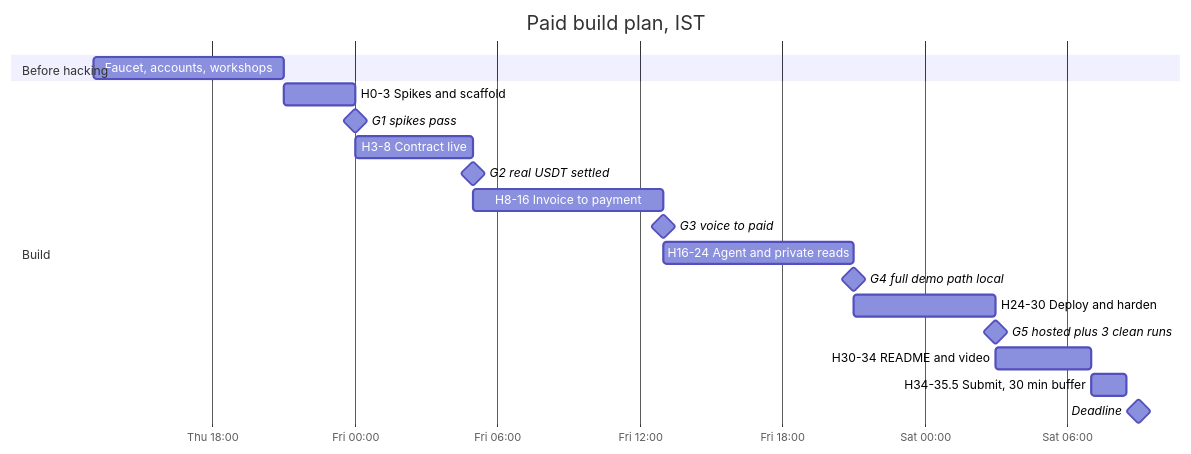
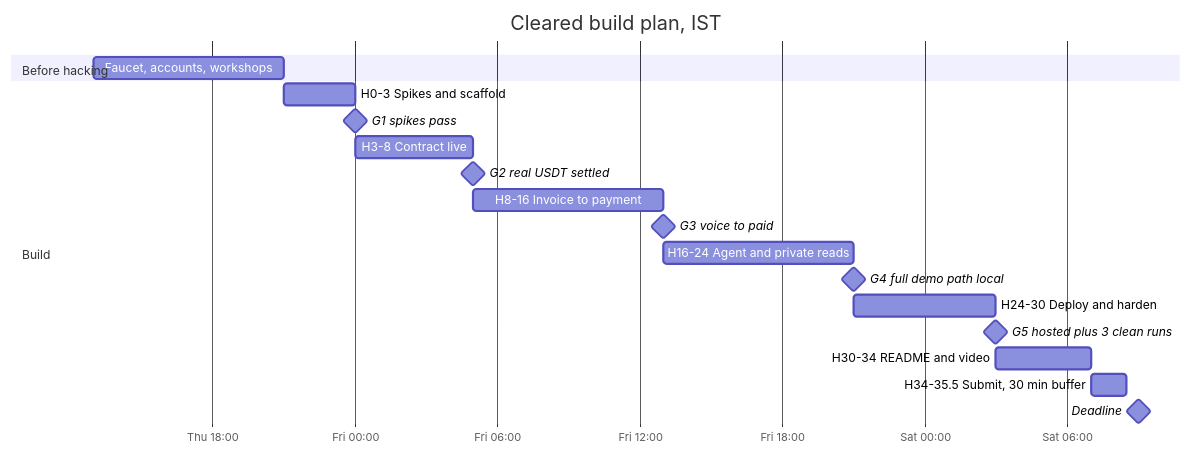
Before and after one commit to ratik21/cleared: the second of 2 diagrams in PLAN.md, drawn with Mermaid. The commit also changed other lines of this file and 2 other files, not shown here.

First line of the commit message:
docs: rename to Cleared, retarget to Whitechain Operate

````diff
--- a/PLAN.md
+++ b/PLAN.md
@@ -476,22 +493,22 @@
 ```mermaid
 gantt
-  title Paid build plan, IST
+  title Cleared build plan, IST
   dateFormat YYYY-MM-DD HH:mm
   axisFormat %a %H:%M
   section Before hacking
   Faucet, accounts, workshops      :p0, 2026-11-05 13:00, 8h
   section Build
   H0-3 Spikes and scaffold         :p1, 2026-11-05 21:00, 3h
   G1 spikes pass                   :milestone, g1, 2026-11-06 00:00, 0m
   H3-8 Contract live               :p2, 2026-11-06 00:00, 5h
   G2 real USDT settled             :milestone, g2, 2026-11-06 05:00, 0m
   H8-16 Invoice to payment         :p3, 2026-11-06 05:00, 8h
   G3 voice to paid                 :milestone, g3, 2026-11-06 13:00, 0m
   H16-24 Agent and private reads   :p4, 2026-11-06 13:00, 8h
   G4 full demo path local          :milestone, g4, 2026-11-06 21:00, 0m
   H24-30 Deploy and harden         :p5, 2026-11-06 21:00, 6h
   G5 hosted plus 3 clean runs      :milestone, g5, 2026-11-07 03:00, 0m
   H30-34 README and video          :p6, 2026-11-07 03:00, 4h
   H34-35.5 Submit, 30 min buffer   :p7, 2026-11-07 07:00, 90m
   Deadline                         :milestone, dl, 2026-11-07 09:00, 0m
 ```
````
